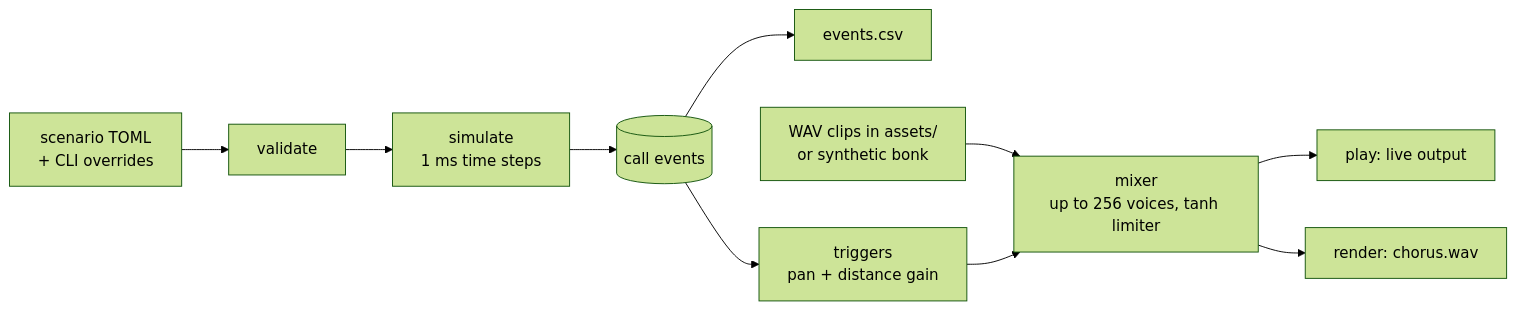
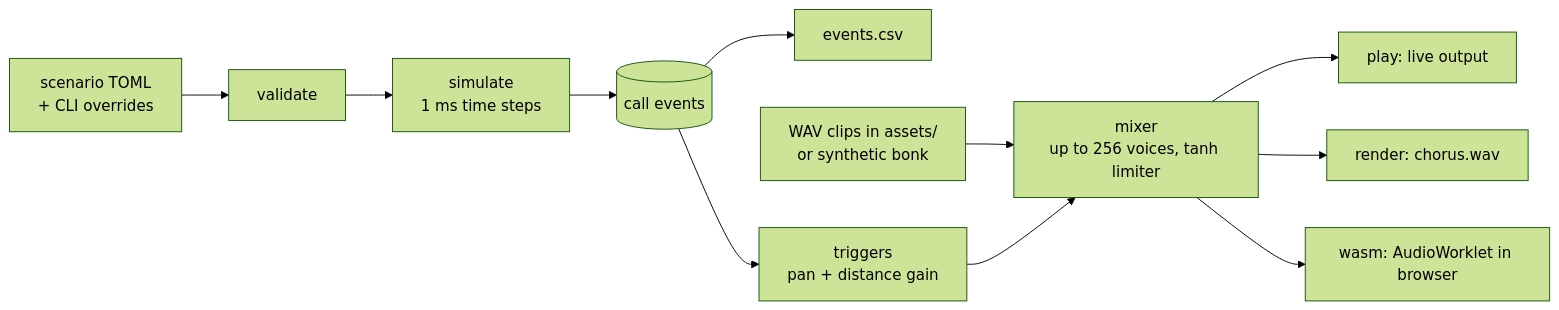
One commit to kirhgoff/hold-my-banjo changed the first of 3 diagrams in README.md. Above: the diagram before and after it, drawn with Mermaid (forest theme). The commit also changed other lines of this file and 22 other files, not shown here.

First line of the commit message:
Add real-time web version: WASM core in an AudioWorklet

````diff
--- a/README.md
+++ b/README.md
@@ -32,12 +50,13 @@
 ```mermaid
 flowchart LR
     A[scenario TOML<br/>+ CLI overrides] --> B[validate]
     B --> C[simulate<br/>1 ms time steps]
     C --> D[(call events)]
     D --> E[events.csv]
     D --> F[triggers<br/>pan + distance gain]
     G[WAV clips in assets/<br/>or synthetic bonk] --> H
     F --> H[mixer<br/>up to 256 voices, tanh limiter]
     H --> I[play: live output]
     H --> J[render: chorus.wav]
+    H --> K[wasm: AudioWorklet in browser]
 ```
````
